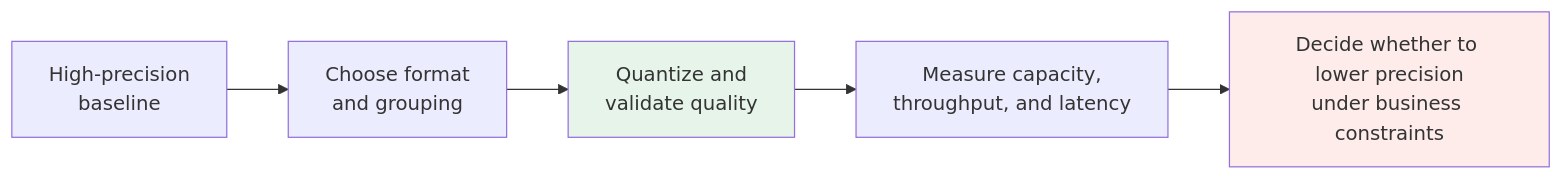
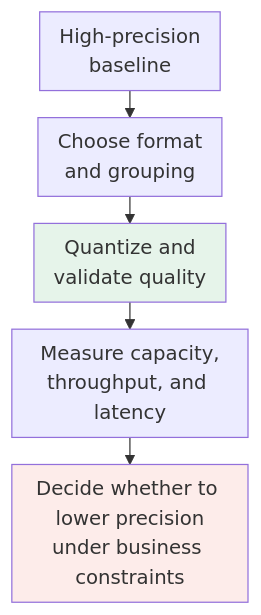
One commit to zongyangbigpolo/awesome-ai-roadmap changed the first of 3 diagrams in docs/llm/03-inference-serving/15-quantization.md. Above: the diagram before and after it, drawn with Mermaid. The commit also changed other lines of this file and 320 other files, not shown here.

First line of the commit message:
Prepare compact bilingual diagrams and centralized references for Kindle RC2

````diff
--- a/docs/llm/03-inference-serving/15-quantization.md
+++ b/docs/llm/03-inference-serving/15-quantization.md
@@ -164,10 +164,11 @@
 ```mermaid
-flowchart LR
+%%{init: {"flowchart": {"nodeSpacing": 16, "rankSpacing": 22, "padding": 8, "wrappingWidth": 160}}}%%
+flowchart TB
     A["High-precision<br/>baseline"] --> B["Choose format<br/>and grouping"]
     B --> C["Quantize and<br/>validate quality"]
     C --> D["Measure capacity,<br/>throughput, and latency"]
     D --> E["Decide whether to lower precision<br/>under business constraints"]
 
     style C fill:#e6f4ea
     style E fill:#fdecea
 ```
````
